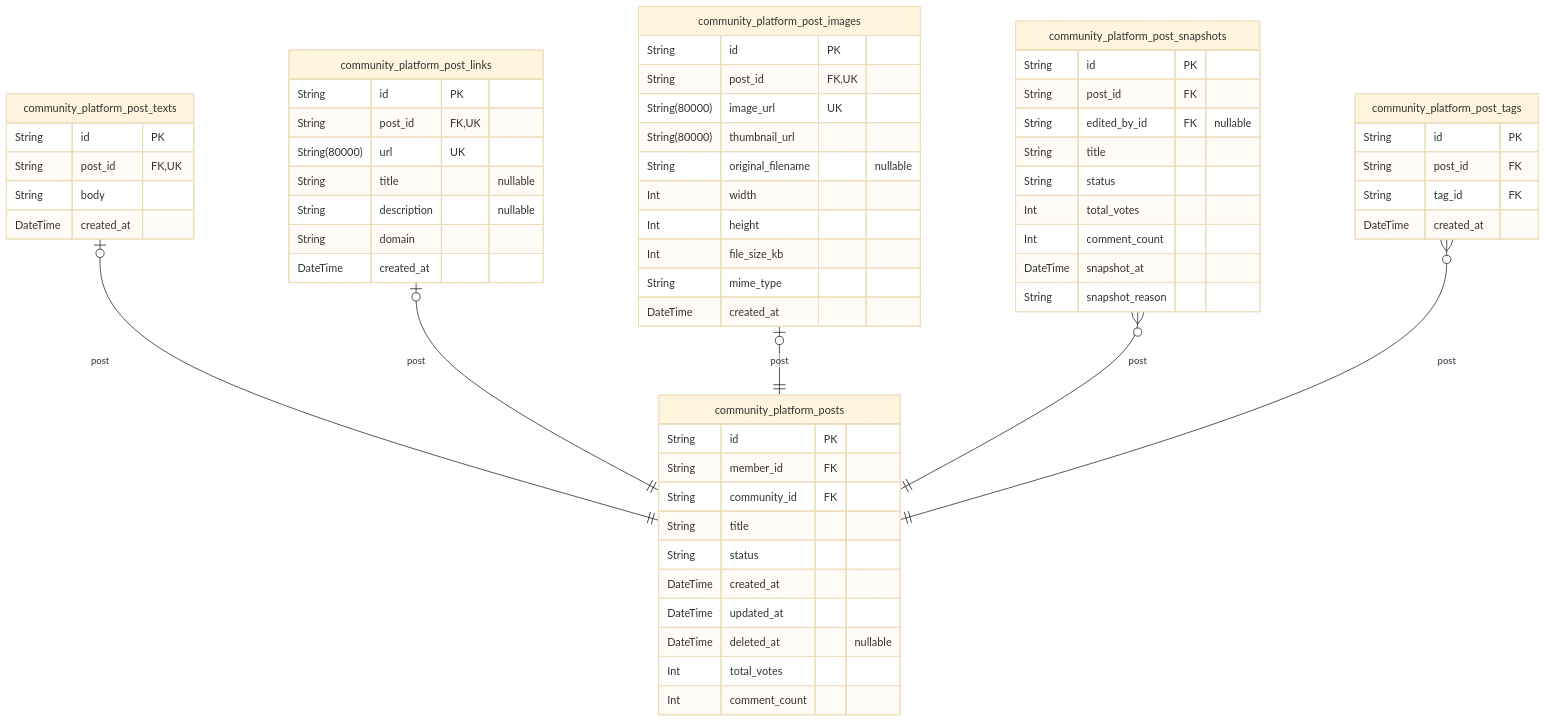
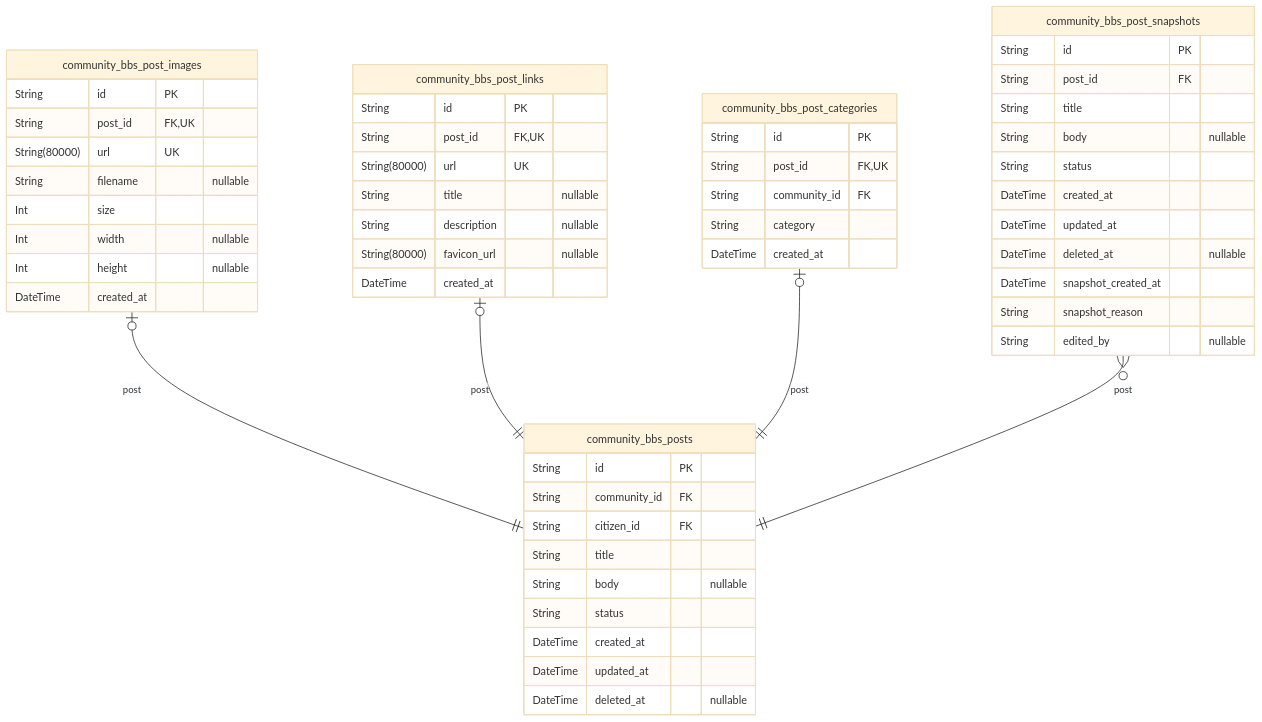
Before and after one commit to wrtnlabs/autobe-examples: the fourth of 10 diagrams in qwen/qwen3-next-80b-a3b-instruct/reddit/docs/ERD.md, drawn with Mermaid (base theme). The commit also changed other lines of this file and 7173 other files, not shown here.

````diff
--- a/qwen/qwen3-next-80b-a3b-instruct/reddit/docs/ERD.md
+++ b/qwen/qwen3-next-80b-a3b-instruct/reddit/docs/ERD.md
@@ -1440,64 +625,57 @@
 ```mermaid
 erDiagram
-"community_platform_posts" {
+"community_bbs_posts" {
   String id PK
-  String member_id FK
   String community_id FK
+  String citizen_id FK
   String title
+  String body "nullable"
   String status
   DateTime created_at
   DateTime updated_at
   DateTime deleted_at "nullable"
-  Int total_votes
-  Int comment_count
 }
-"community_platform_post_texts" {
+"community_bbs_post_images" {
   String id PK
   String post_id FK,UK
-  String body
+  String(80000) url UK
+  String filename "nullable"
+  Int size
+  Int width "nullable"
+  Int height "nullable"
   DateTime created_at
 }
-"community_platform_post_links" {
+"community_bbs_post_links" {
   String id PK
   String post_id FK,UK
   String(80000) url UK
   String title "nullable"
   String description "nullable"
-  String domain
+  String(80000) favicon_url "nullable"
   DateTime created_at
 }
-"community_platform_post_images" {
+"community_bbs_post_categories" {
   String id PK
   String post_id FK,UK
-  String(80000) image_url UK
-  String(80000) thumbnail_url
-  String original_filename "nullable"
-  Int width
-  Int height
-  Int file_size_kb
-  String mime_type
+  String community_id FK
+  String category
   DateTime created_at
 }
-"community_platform_post_snapshots" {
+"community_bbs_post_snapshots" {
   String id PK
   String post_id FK
-  String edited_by_id FK "nullable"
   String title
+  String body "nullable"
   String status
-  Int total_votes
-  Int comment_count
-  DateTime snapshot_at
+  DateTime created_at
+  DateTime updated_at
+  DateTime deleted_at "nullable"
+  DateTime snapshot_created_at
   String snapshot_reason
+  String edited_by "nullable"
 }
-"community_platform_post_tags" {
-  String id PK
-  String post_id FK
-  String tag_id FK
-  DateTime created_at
-}
-"community_platform_post_texts" |o--|| "community_platform_posts" : post
-"community_platform_post_links" |o--|| "community_platform_posts" : post
-"community_platform_post_images" |o--|| "community_platform_posts" : post
-"community_platform_post_snapshots" }o--|| "community_platform_posts" : post
-"community_platform_post_tags" }o--|| "community_platform_posts" : post
+"community_bbs_post_images" |o--|| "community_bbs_posts" : post
+"community_bbs_post_links" |o--|| "community_bbs_posts" : post
+"community_bbs_post_categories" |o--|| "community_bbs_posts" : post
+"community_bbs_post_snapshots" }o--|| "community_bbs_posts" : post
 ```
````
